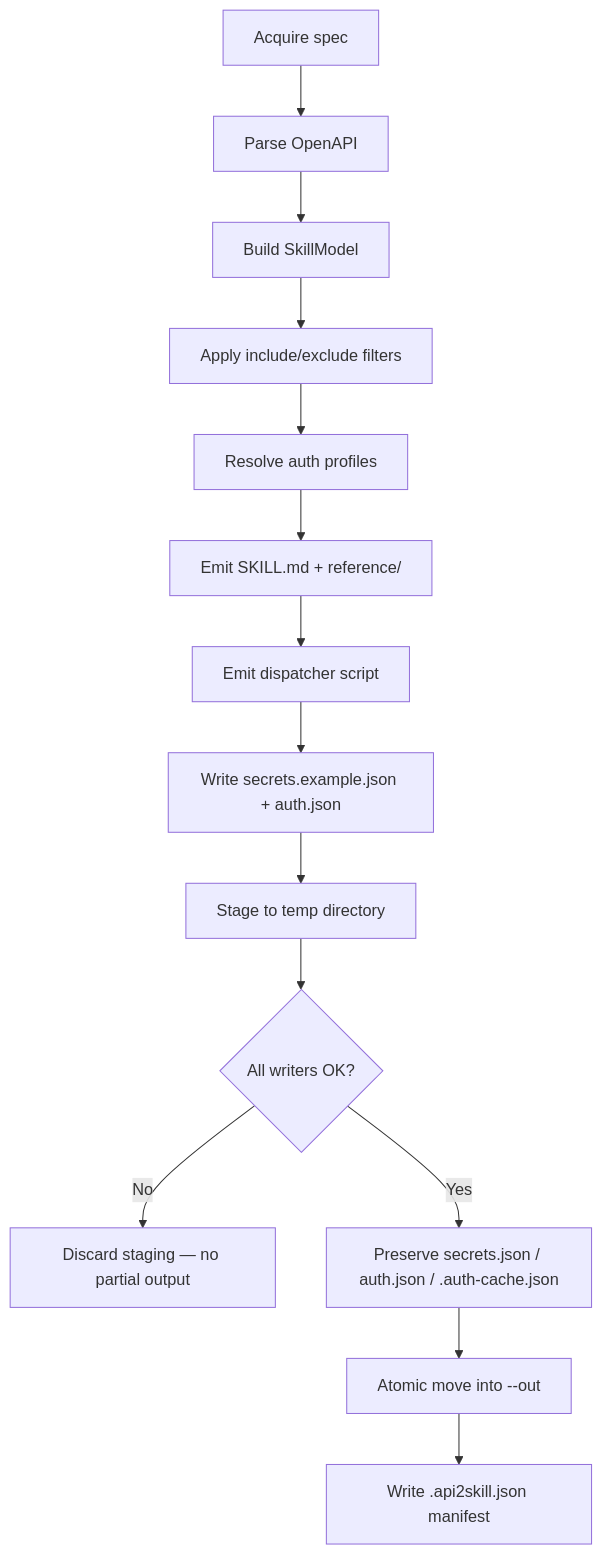
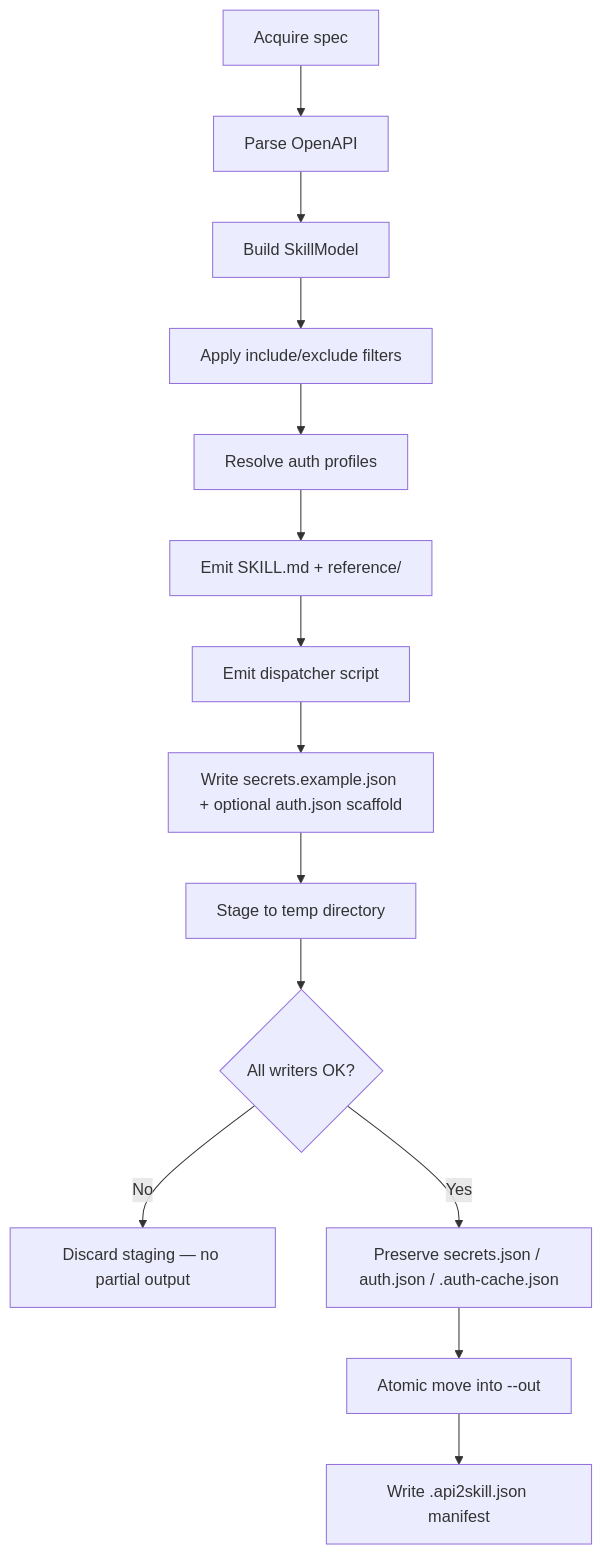
Before and after one commit to angpysha/api2skill: the diagram in wiki/Generate-Command.md, drawn with Mermaid. The commit also changed other lines of this file and 33 other files, not shown here.

First line of the commit message:
feat(auth): scaffold auth.json on generate and skill-root script cwd

````diff
--- a/wiki/Generate-Command.md
+++ b/wiki/Generate-Command.md
@@ -38,16 +51,16 @@
 ```mermaid
 flowchart TD
     A[Acquire spec] --> B[Parse OpenAPI]
     B --> C[Build SkillModel]
     C --> D[Apply include/exclude filters]
     D --> E[Resolve auth profiles]
     E --> F[Emit SKILL.md + reference/]
     F --> G[Emit dispatcher script]
-    G --> H[Write secrets.example.json + auth.json]
+    G --> H[Write secrets.example.json + optional auth.json scaffold]
     H --> I[Stage to temp directory]
     I --> J{All writers OK?}
     J -->|No| K[Discard staging — no partial output]
     J -->|Yes| L[Preserve secrets.json / auth.json / .auth-cache.json]
     L --> M[Atomic move into --out]
     M --> N[Write .api2skill.json manifest]
 ```
````
